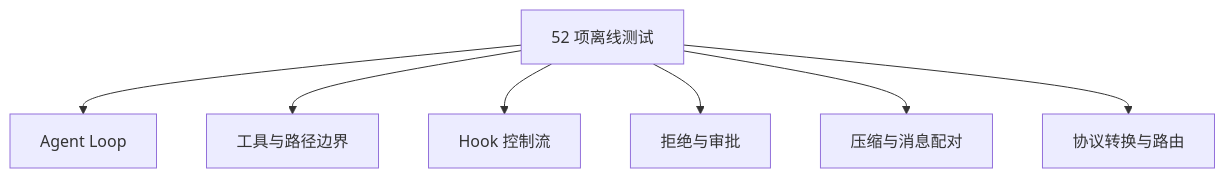
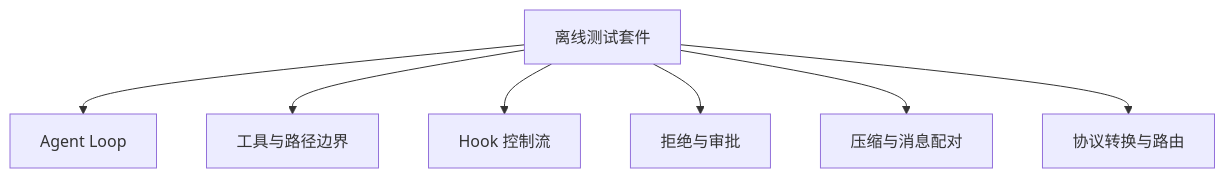
Before and after one commit to still0123/agentloop: diagram 16 of 17 in docs/study-guide.md, drawn with Mermaid. The commit also changed other lines of this file and 5 other files, not shown here.

````diff
--- a/docs/study-guide.md
+++ b/docs/study-guide.md
@@ -867,9 +871,9 @@
 ```mermaid
 flowchart TD
-    Tests["52 项离线测试"] --> Loop["Agent Loop"]
+    Tests["离线测试套件"] --> Loop["Agent Loop"]
     Tests --> Tools["工具与路径边界"]
     Tests --> Hooks["Hook 控制流"]
     Tests --> Permission["拒绝与审批"]
     Tests --> Compact["压缩与消息配对"]
     Tests --> Models["协议转换与路由"]
 ```
````
